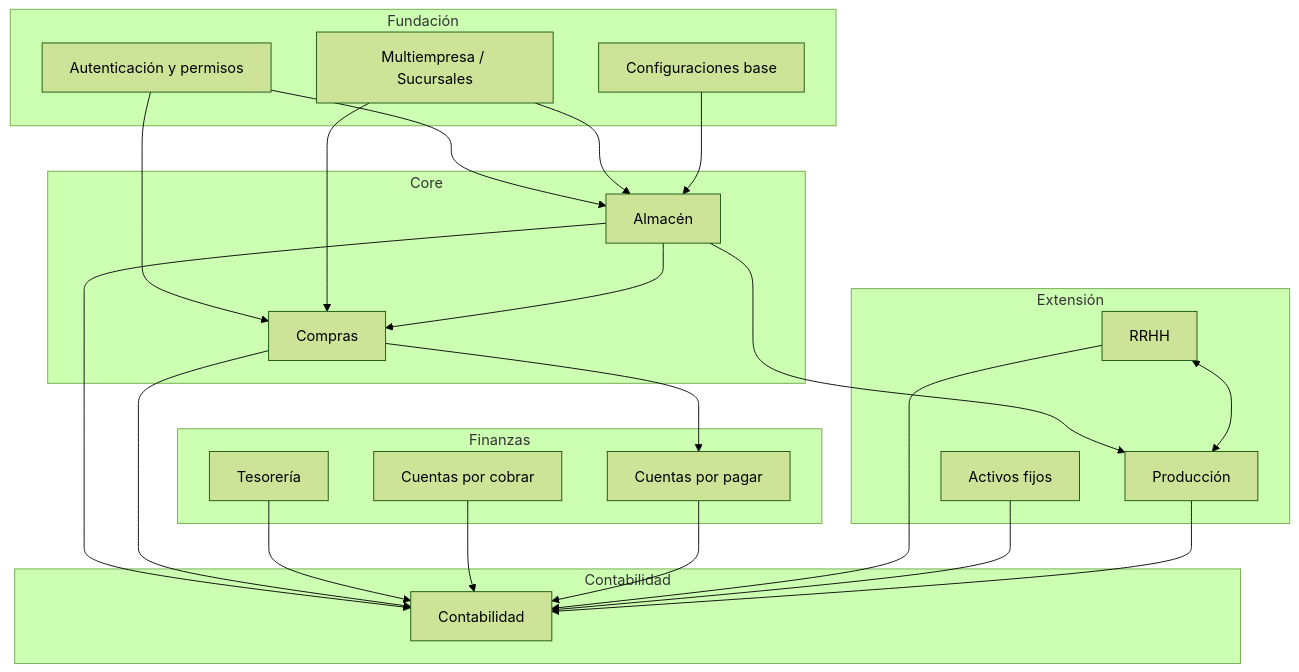
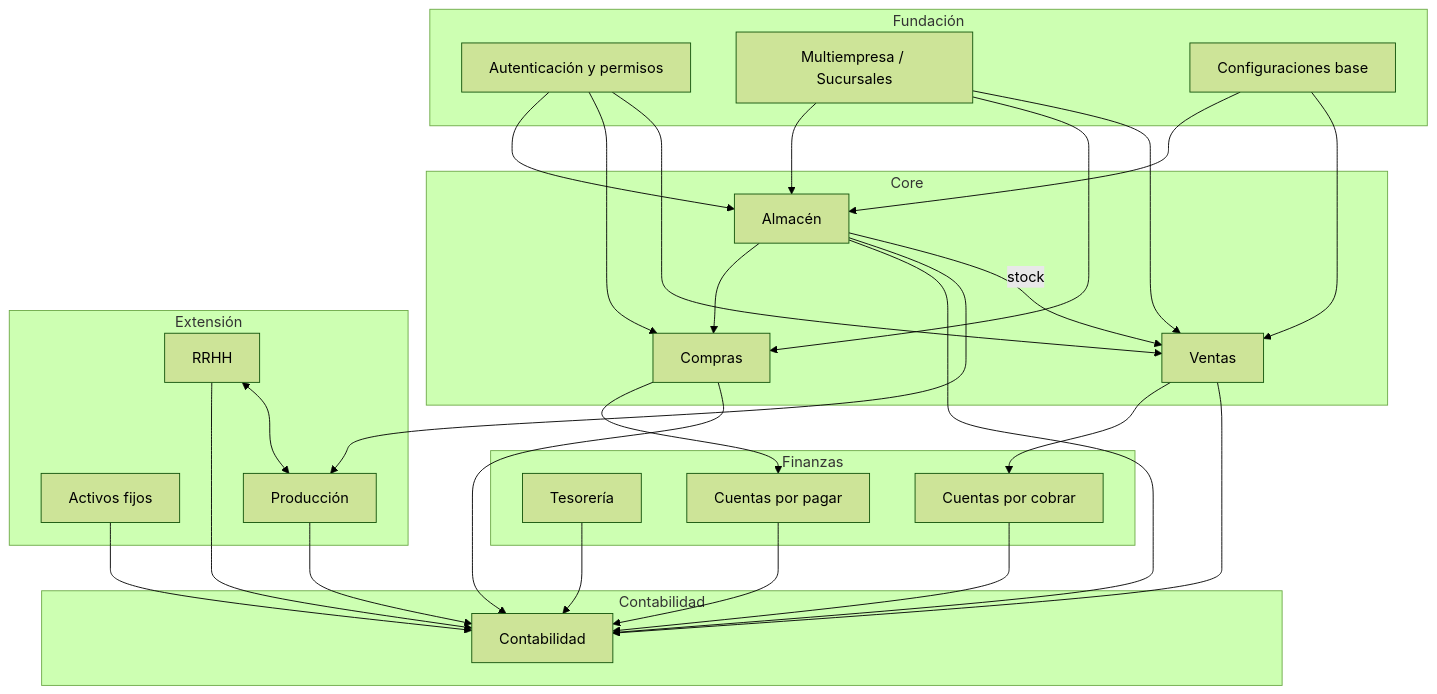
Before and after one commit to jramirezch1978/sigre_web: the third of 12 diagrams in restaurante.pe/ROADMAP_RESTAURANT_PE.md, drawn with Mermaid (forest theme). The commit also changed other lines of this file and 2 other files, not shown here.

Commit message:
feat: Agregar ms-ventas como microservicio dedicado para modulo de Ventas (10 servicios de negocio)

````diff
--- a/restaurante.pe/ROADMAP_RESTAURANT_PE.md
+++ b/restaurante.pe/ROADMAP_RESTAURANT_PE.md
@@ -88,42 +88,49 @@
 ```mermaid
 flowchart TB
     subgraph Fundación
         AUTH[Autenticación y permisos]
         EMP[Multiempresa / Sucursales]
         CONF[Configuraciones base]
     end
     subgraph Core
         ALM[Almacén]
         COM[Compras]
+        VEN[Ventas]
     end
     subgraph Finanzas
         TES[Tesorería]
         CxC[Cuentas por cobrar]
         CxP[Cuentas por pagar]
     end
     subgraph Contabilidad
         CNT[Contabilidad]
     end
     subgraph Extensión
         RRHH[RRHH]
         AF[Activos fijos]
         PROD[Producción]
     end
     AUTH --> ALM
     AUTH --> COM
     EMP --> ALM
     EMP --> COM
     CONF --> ALM
     ALM --> COM
     ALM --> CNT
     COM --> CxP
     COM --> CNT
     TES --> CNT
     CxC --> CNT
     CxP --> CNT
     RRHH --> CNT
     AF --> CNT
     PROD --> CNT
     ALM --> PROD
     RRHH <--> PROD
+    AUTH --> VEN
+    EMP --> VEN
+    CONF --> VEN
+    VEN --> CxC
+    VEN --> CNT
+    ALM -->|stock| VEN
 ```
````
